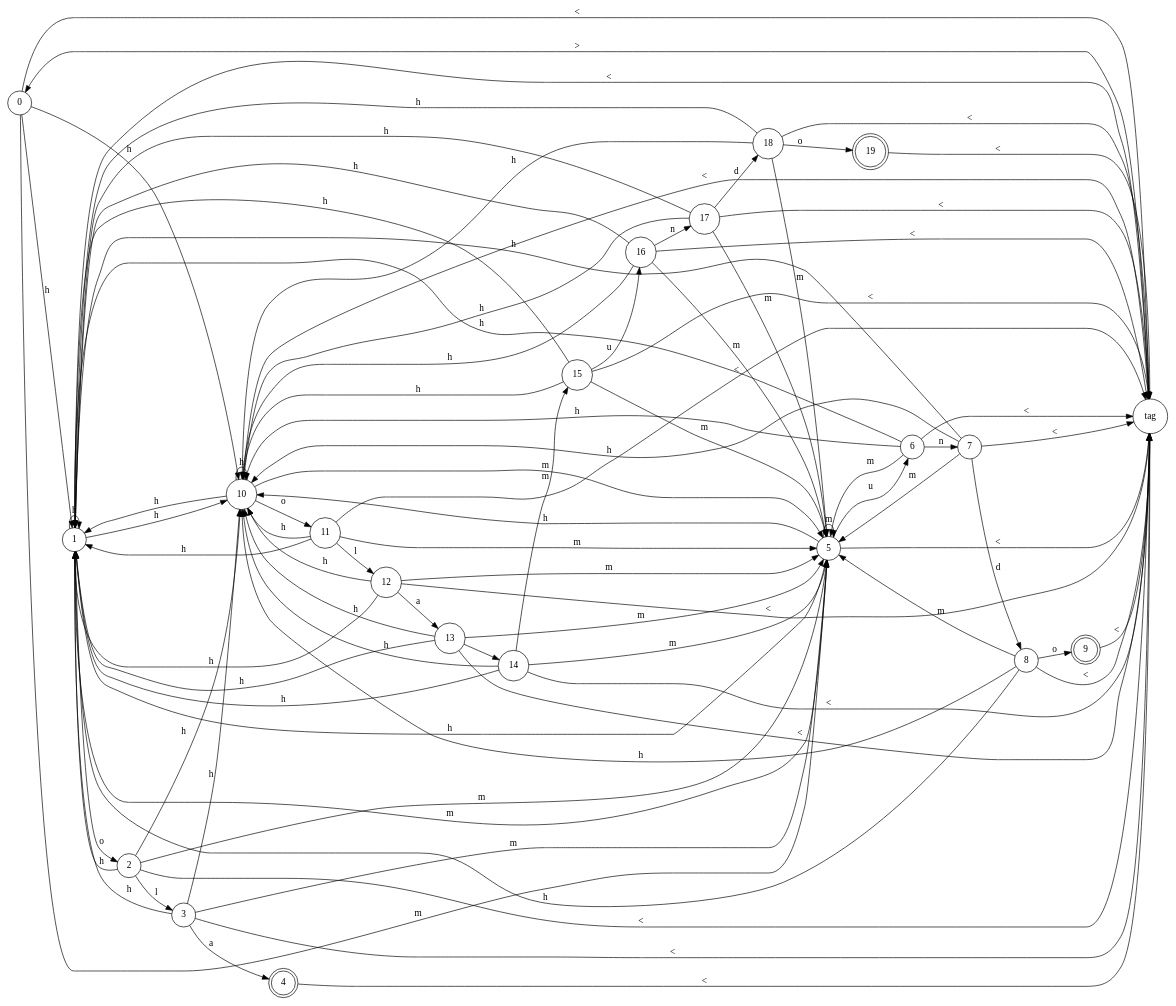
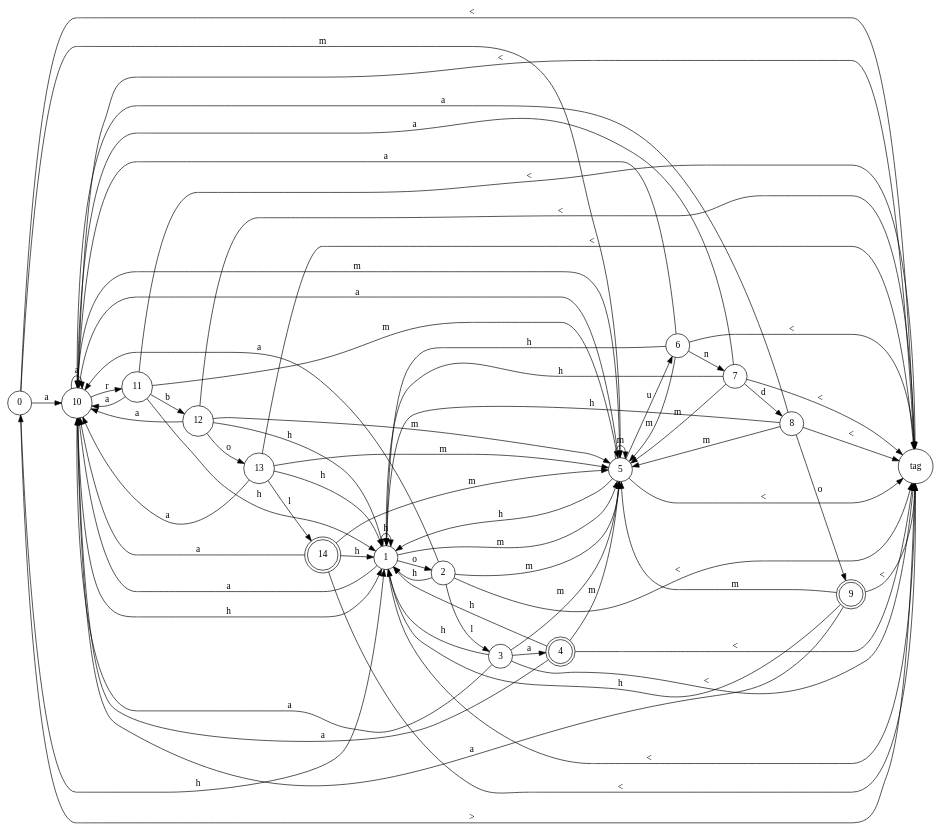
One commit to GdeAchaval/automaton changed the diagram in noDeterminante.dot. Above: the diagram before and after it, drawn with Graphviz. The commit also changed 10 other files, not shown here.

```diff
--- a/noDeterminante.dot
+++ b/noDeterminante.dot
@@ -1,115 +1,94 @@
 digraph {
 rankdir = "LR";
 // NODES
 node [shape=circle] Node_0[label="0"];
+node [shape=circle] Node_10[label="10"];
 node [shape=circle] Node_1[label="1"];
-node [shape=circle] Node_10[label="10"];
 node [shape=circle] Node_tag[label="tag"];
 node [shape=circle] Node_5[label="5"];
+node [shape=circle] Node_11[label="11"];
 node [shape=circle] Node_2[label="2"];
-node [shape=circle] Node_11[label="11"];
 node [shape=circle] Node_6[label="6"];
+node [shape=circle] Node_12[label="12"];
 node [shape=circle] Node_3[label="3"];
-node [shape=circle] Node_12[label="12"];
 node [shape=circle] Node_7[label="7"];
+node [shape=circle] Node_13[label="13"];
 node [shape=doublecircle] Node_4[label="4"];
-node [shape=circle] Node_13[label="13"];
 node [shape=circle] Node_8[label="8"];
-node [shape=circle] Node_14[label="14"];
+node [shape=doublecircle] Node_14[label="14"];
 node [shape=doublecircle] Node_9[label="9"];
-node [shape=circle] Node_15[label="15"];
-node [shape=circle] Node_16[label="16"];
-node [shape=circle] Node_17[label="17"];
-node [shape=circle] Node_18[label="18"];
-node [shape=doublecircle] Node_19[label="19"];
 
 // TRANSITIONS
+Node_0 -> Node_10 [label="a"];
 Node_0 -> Node_1 [label="h"];
-Node_0 -> Node_10 [label="h"];
 Node_0 -> Node_tag [label="<"];
 Node_0 -> Node_5 [label="m"];
+Node_10 -> Node_10 [label="a"];
+Node_10 -> Node_11 [label="r"];
+Node_10 -> Node_1 [label="h"];
+Node_10 -> Node_tag [label="<"];
+Node_10 -> Node_5 [label="m"];
+Node_1 -> Node_10 [label="a"];
 Node_1 -> Node_1 [label="h"];
-Node_1 -> Node_10 [label="h"];
 Node_1 -> Node_tag [label="<"];
 Node_1 -> Node_5 [label="m"];
 Node_1 -> Node_2 [label="o"];
-Node_10 -> Node_1 [label="h"];
-Node_10 -> Node_10 [label="h"];
-Node_10 -> Node_tag [label="<"];
-Node_10 -> Node_5 [label="m"];
-Node_10 -> Node_11 [label="o"];
 Node_tag -> Node_0 [label=">"];
+Node_5 -> Node_10 [label="a"];
 Node_5 -> Node_6 [label="u"];
 Node_5 -> Node_1 [label="h"];
-Node_5 -> Node_10 [label="h"];
 Node_5 -> Node_tag [label="<"];
 Node_5 -> Node_5 [label="m"];
+Node_11 -> Node_10 [label="a"];
+Node_11 -> Node_12 [label="b"];
+Node_11 -> Node_1 [label="h"];
+Node_11 -> Node_tag [label="<"];
+Node_11 -> Node_5 [label="m"];
+Node_2 -> Node_10 [label="a"];
 Node_2 -> Node_1 [label="h"];
-Node_2 -> Node_10 [label="h"];
 Node_2 -> Node_tag [label="<"];
 Node_2 -> Node_3 [label="l"];
 Node_2 -> Node_5 [label="m"];
-Node_11 -> Node_1 [label="h"];
-Node_11 -> Node_10 [label="h"];
-Node_11 -> Node_tag [label="<"];
-Node_11 -> Node_12 [label="l"];
-Node_11 -> Node_5 [label="m"];
+Node_6 -> Node_10 [label="a"];
 Node_6 -> Node_1 [label="h"];
-Node_6 -> Node_10 [label="h"];
 Node_6 -> Node_tag [label="<"];
 Node_6 -> Node_5 [label="m"];
 Node_6 -> Node_7 [label="n"];
+Node_12 -> Node_10 [label="a"];
+Node_12 -> Node_1 [label="h"];
+Node_12 -> Node_tag [label="<"];
+Node_12 -> Node_5 [label="m"];
+Node_12 -> Node_13 [label="o"];
 Node_3 -> Node_4 [label="a"];
+Node_3 -> Node_10 [label="a"];
 Node_3 -> Node_1 [label="h"];
-Node_3 -> Node_10 [label="h"];
 Node_3 -> Node_tag [label="<"];
 Node_3 -> Node_5 [label="m"];
-Node_12 -> Node_13 [label="a"];
-Node_12 -> Node_1 [label="h"];
-Node_12 -> Node_10 [label="h"];
-Node_12 -> Node_tag [label="<"];
-Node_12 -> Node_5 [label="m"];
+Node_7 -> Node_10 [label="a"];
 Node_7 -> Node_8 [label="d"];
 Node_7 -> Node_1 [label="h"];
-Node_7 -> Node_10 [label="h"];
 Node_7 -> Node_tag [label="<"];
 Node_7 -> Node_5 [label="m"];
+Node_13 -> Node_10 [label="a"];
+Node_13 -> Node_1 [label="h"];
+Node_13 -> Node_tag [label="<"];
+Node_13 -> Node_14 [label="l"];
+Node_13 -> Node_5 [label="m"];
+Node_4 -> Node_10 [label="a"];
+Node_4 -> Node_1 [label="h"];
 Node_4 -> Node_tag [label="<"];
-Node_13 -> Node_14 [label=" "];
-Node_13 -> Node_1 [label="h"];
-Node_13 -> Node_10 [label="h"];
-Node_13 -> Node_tag [label="<"];
-Node_13 -> Node_5 [label="m"];
+Node_4 -> Node_5 [label="m"];
+Node_8 -> Node_10 [label="a"];
 Node_8 -> Node_1 [label="h"];
-Node_8 -> Node_10 [label="h"];
 Node_8 -> Node_tag [label="<"];
 Node_8 -> Node_5 [label="m"];
 Node_8 -> Node_9 [label="o"];
+Node_14 -> Node_10 [label="a"];
 Node_14 -> Node_1 [label="h"];
-Node_14 -> Node_10 [label="h"];
 Node_14 -> Node_tag [label="<"];
-Node_14 -> Node_15 [label="m"];
 Node_14 -> Node_5 [label="m"];
+Node_9 -> Node_10 [label="a"];
+Node_9 -> Node_1 [label="h"];
 Node_9 -> Node_tag [label="<"];
-Node_15 -> Node_16 [label="u"];
-Node_15 -> Node_1 [label="h"];
-Node_15 -> Node_10 [label="h"];
-Node_15 -> Node_tag [label="<"];
-Node_15 -> Node_5 [label="m"];
-Node_16 -> Node_1 [label="h"];
-Node_16 -> Node_10 [label="h"];
-Node_16 -> Node_tag [label="<"];
-Node_16 -> Node_5 [label="m"];
-Node_16 -> Node_17 [label="n"];
-Node_17 -> Node_18 [label="d"];
-Node_17 -> Node_1 [label="h"];
-Node_17 -> Node_10 [label="h"];
-Node_17 -> Node_tag [label="<"];
-Node_17 -> Node_5 [label="m"];
-Node_18 -> Node_1 [label="h"];
-Node_18 -> Node_10 [label="h"];
-Node_18 -> Node_tag [label="<"];
-Node_18 -> Node_5 [label="m"];
-Node_18 -> Node_19 [label="o"];
-Node_19 -> Node_tag [label="<"];
+Node_9 -> Node_5 [label="m"];
 }
```
